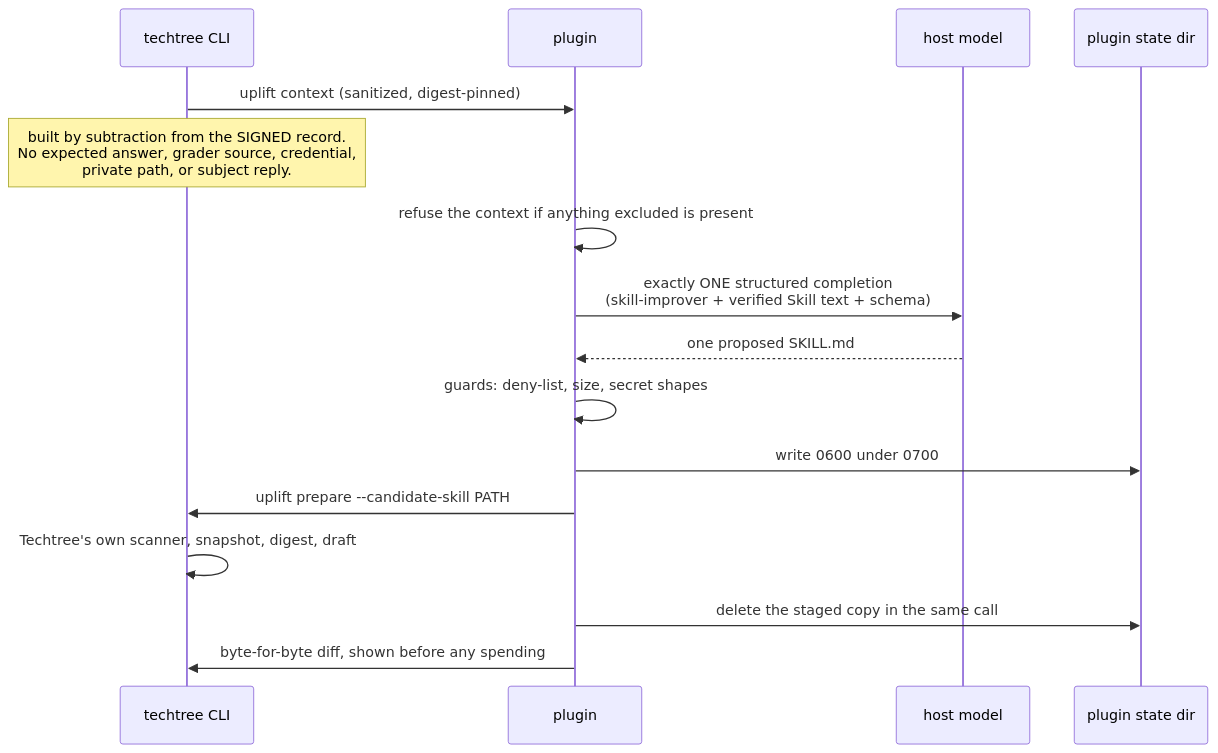
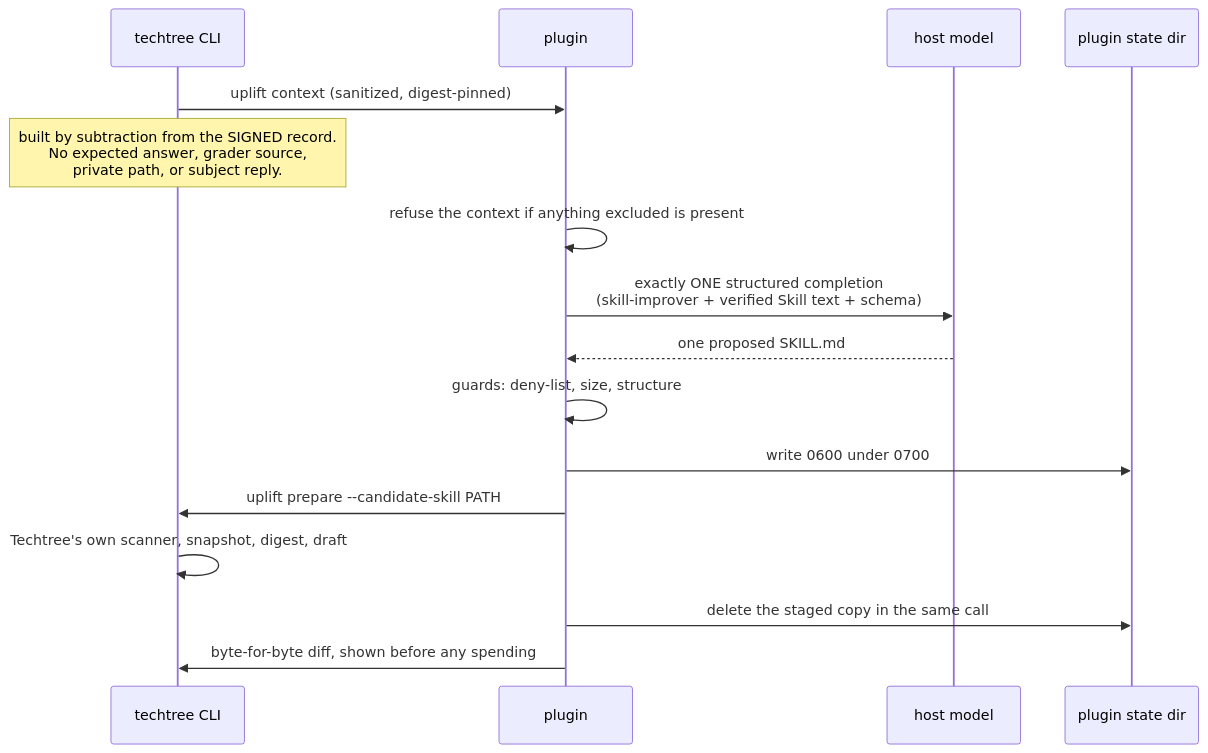
The fifth of 6 diagrams in cli/docs/product-architecture.md (regents-ai/techtree), drawn with Mermaid before and after one commit. The commit also changed other lines of this file and 37 other files, not shown here.

````diff
--- a/cli/docs/product-architecture.md
+++ b/cli/docs/product-architecture.md
@@ -838,19 +840,19 @@
 ```mermaid
 sequenceDiagram
     participant C as techtree CLI
     participant P as plugin
     participant M as host model
     participant F as plugin state dir
 
     C->>P: uplift context (sanitized, digest-pinned)
-    Note over C: built by subtraction from the SIGNED record.<br/>No expected answer, grader source, credential,<br/>private path, or subject reply.
+    Note over C: built by subtraction from the SIGNED record.<br/>No expected answer, grader source,<br/>private path, or subject reply.
     P->>P: refuse the context if anything excluded is present
     P->>M: exactly ONE structured completion<br/>(skill-improver + verified Skill text + schema)
     M-->>P: one proposed SKILL.md
-    P->>P: guards: deny-list, size, secret shapes
+    P->>P: guards: deny-list, size, structure
     P->>F: write 0600 under 0700
     P->>C: uplift prepare --candidate-skill PATH
     C->>C: Techtree's own scanner, snapshot, digest, draft
     P->>F: delete the staged copy in the same call
     P->>C: byte-for-byte diff, shown before any spending
 ```
````
